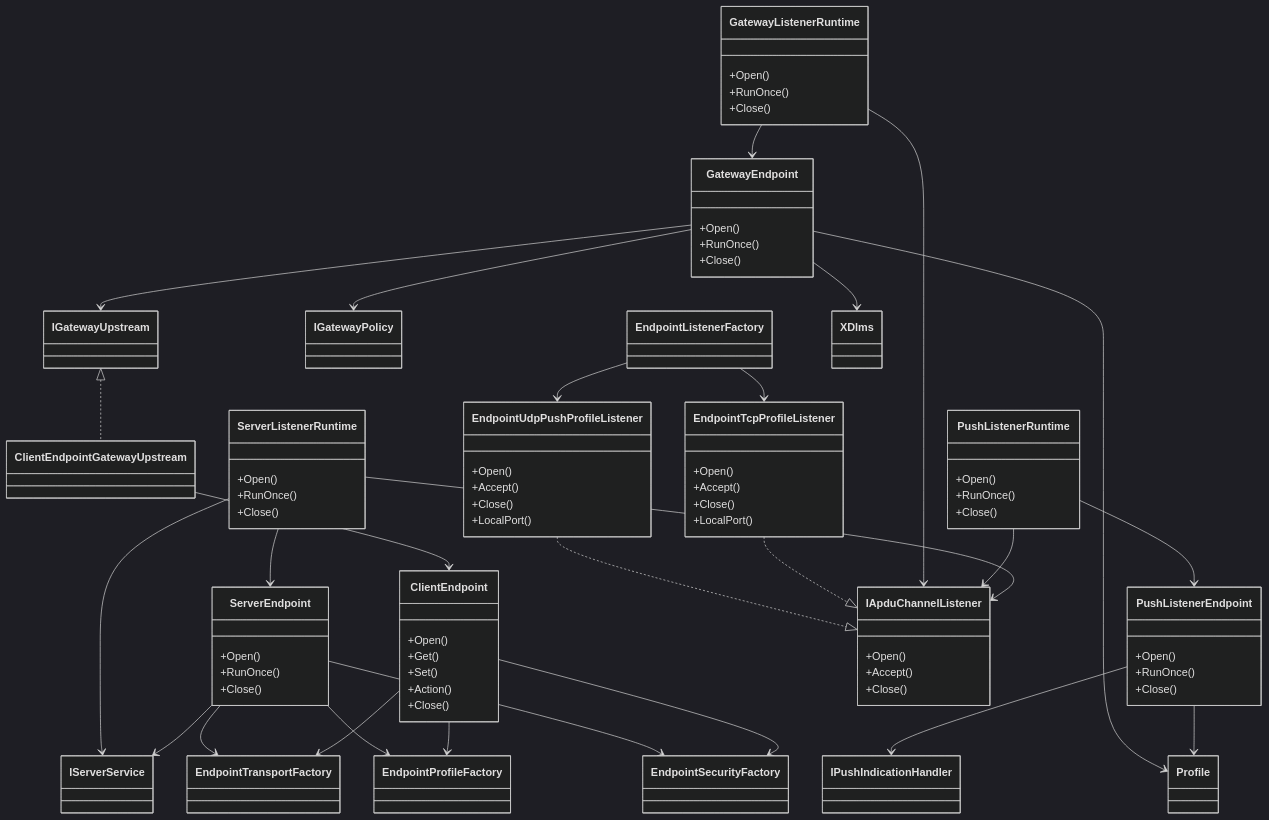
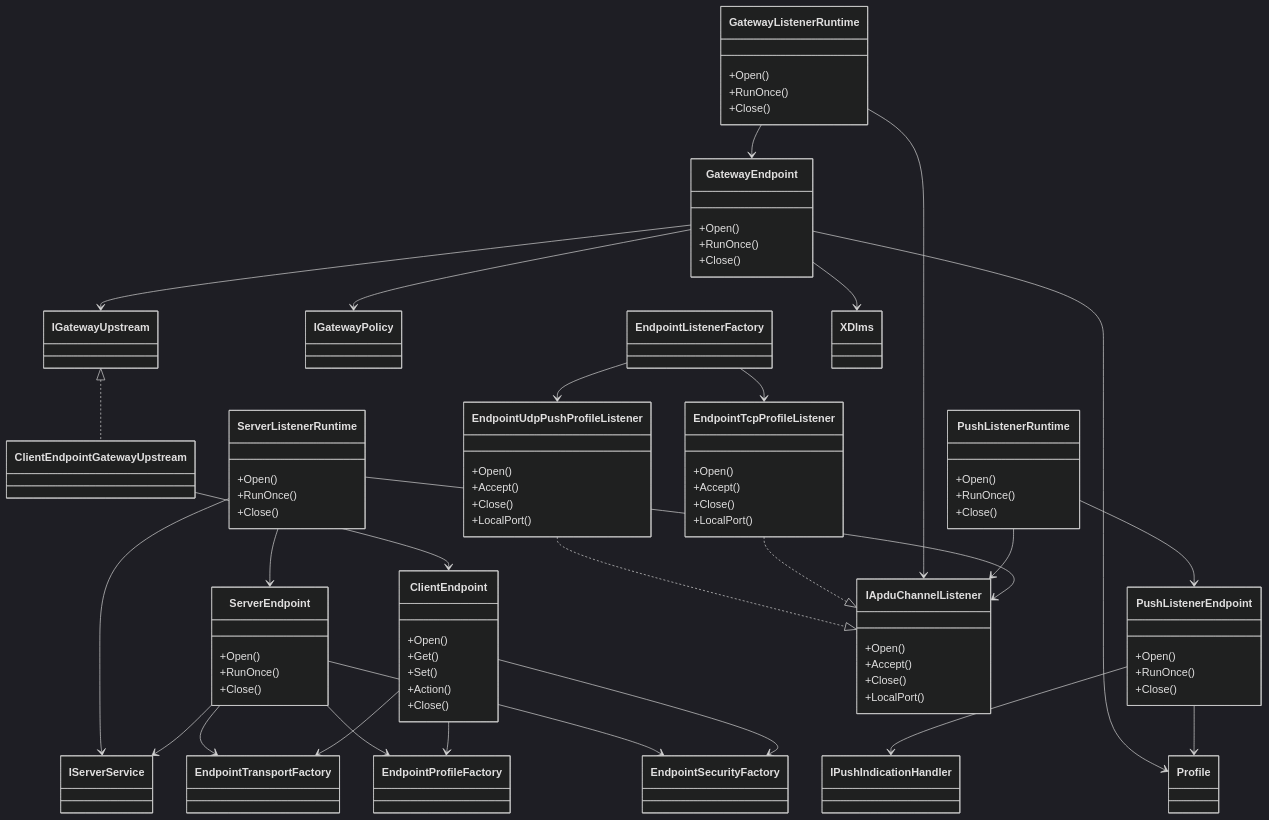
The eighth of 9 diagrams in lib/dlms-endpoint/docs/02_endpoint_architecture.md (gvtret/dlms), drawn with Mermaid (dark theme) before and after one commit. The commit also changed other lines of this file and 12 other files, not shown here.

```diff
--- a/lib/dlms-endpoint/docs/02_endpoint_architecture.md
+++ b/lib/dlms-endpoint/docs/02_endpoint_architecture.md
@@ -299,6 +309,7 @@
     +Open()
     +Accept()
     +Close()
+    +LocalPort()
   }
 
   class ServerListenerRuntime {
```
